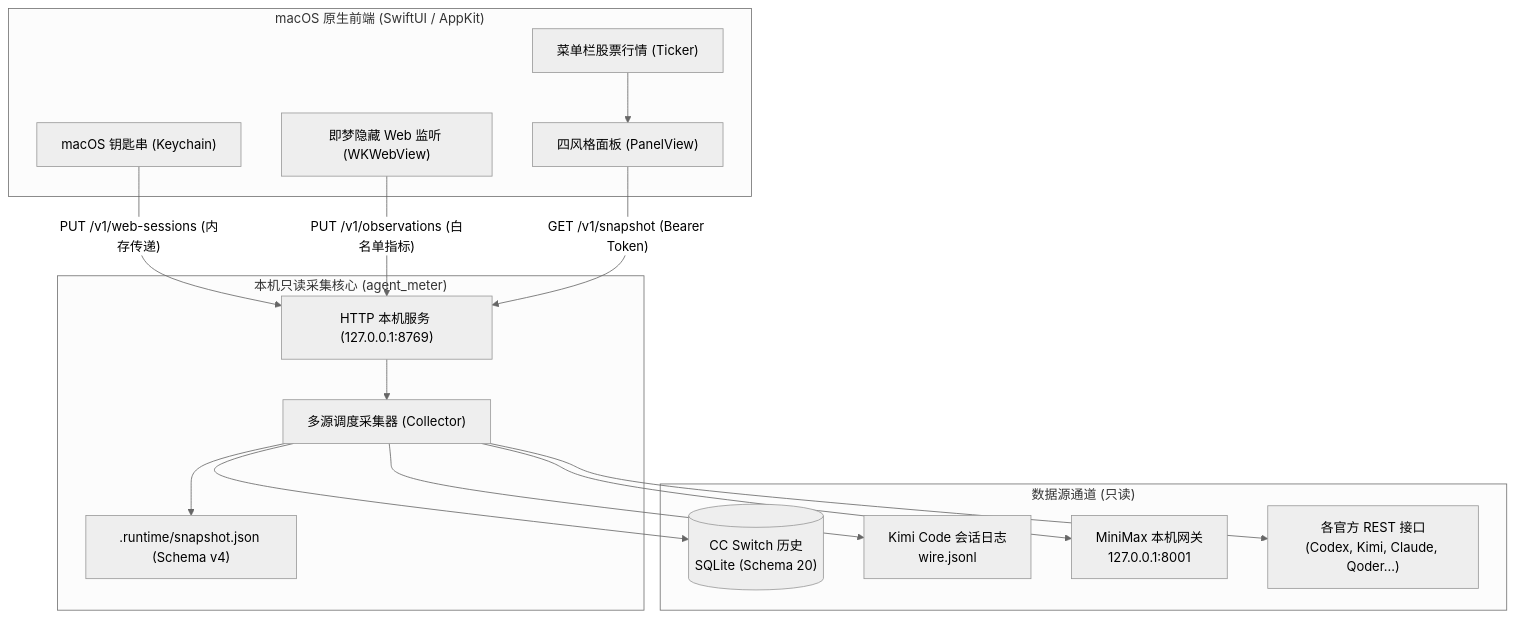
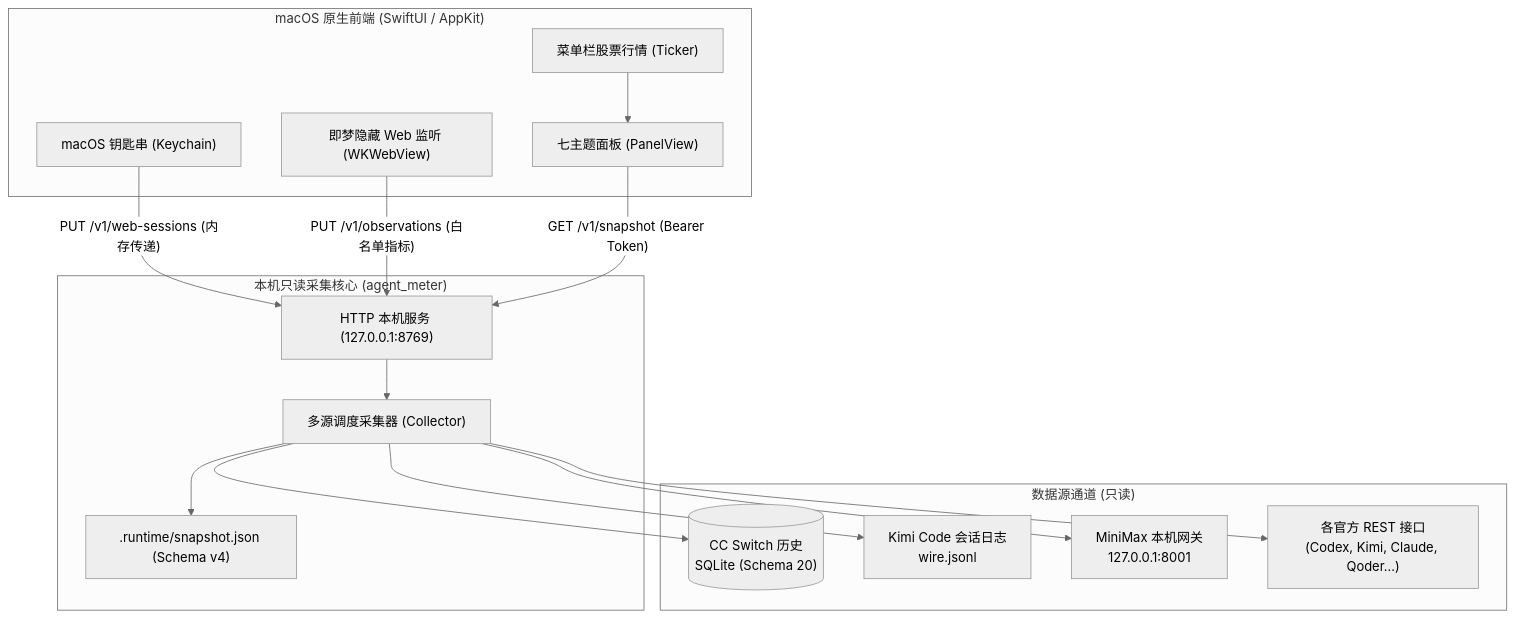
The diagram in README.md (Gary23333/agent-meter), drawn with Mermaid (neutral theme) before and after one commit. The commit also changed other lines of this file and 38 other files, not shown here.

````diff
--- a/README.md
+++ b/README.md
@@ -203,33 +211,33 @@
 ```mermaid
 flowchart TD
     subgraph macOS UI ["macOS 原生前端 (SwiftUI / AppKit)"]
         MB["菜单栏股票行情 (Ticker)"]
-        PN["四风格面板 (PanelView)"]
+        PN["七主题面板 (PanelView)"]
         KC["macOS 钥匙串 (Keychain)"]
         WV["即梦隐藏 Web 监听 (WKWebView)"]
     end
 
     subgraph Core ["本机只读采集核心 (agent_meter)"]
         SRV["HTTP 本机服务 (127.0.0.1:8769)"]
         COLL["多源调度采集器 (Collector)"]
         SNAP[".runtime/snapshot.json (Schema v4)"]
     end
 
     subgraph Sources ["数据源通道 (只读)"]
         S_SQL[("CC Switch 历史\nSQLite (Schema 20)")]
         S_LOG["Kimi Code 会话日志\nwire.jsonl"]
         S_GW["MiniMax 本机网关\n127.0.0.1:8001"]
         S_NET["各官方 REST 接口\n(Codex, Kimi, Claude, Qoder...)"]
     end
 
     MB --> PN
     KC --"PUT /v1/web-sessions (内存传递)"--> SRV
     WV --"PUT /v1/observations (白名单指标)"--> SRV
     PN --"GET /v1/snapshot (Bearer Token)"--> SRV
     SRV --> COLL
     COLL --> S_SQL
     COLL --> S_LOG
     COLL --> S_GW
     COLL --> S_NET
     COLL --> SNAP
 ```
````
